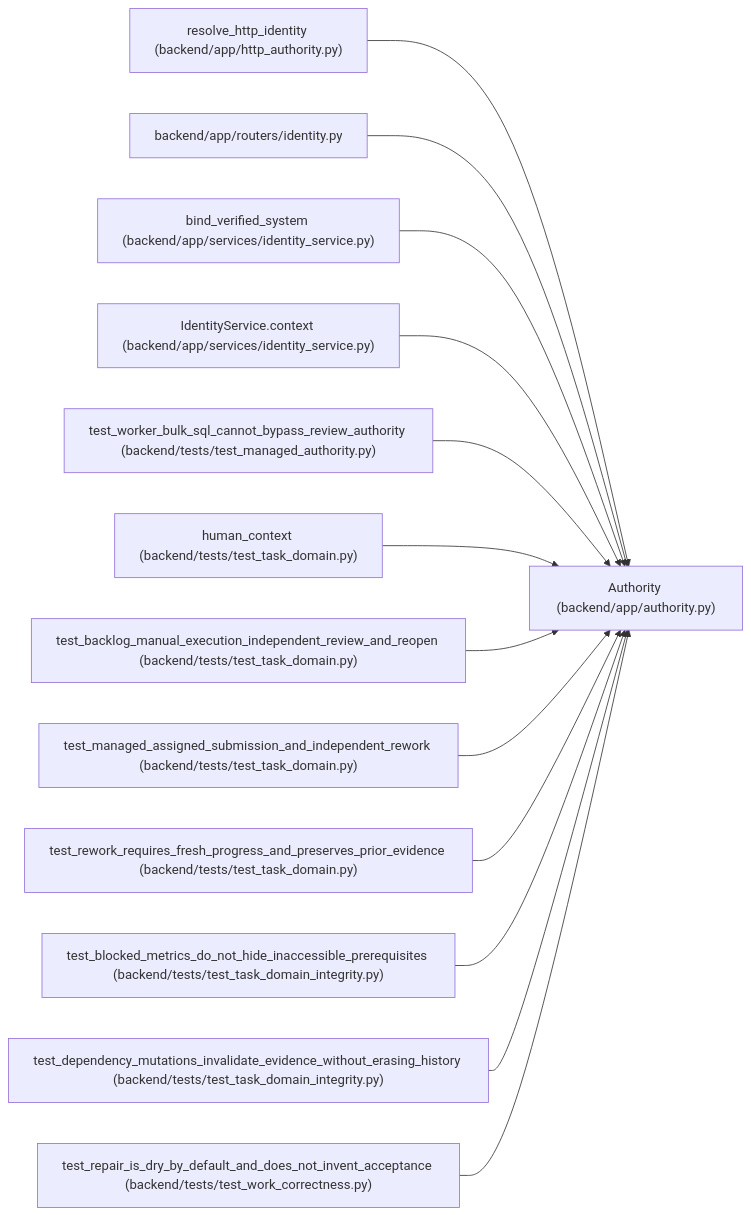
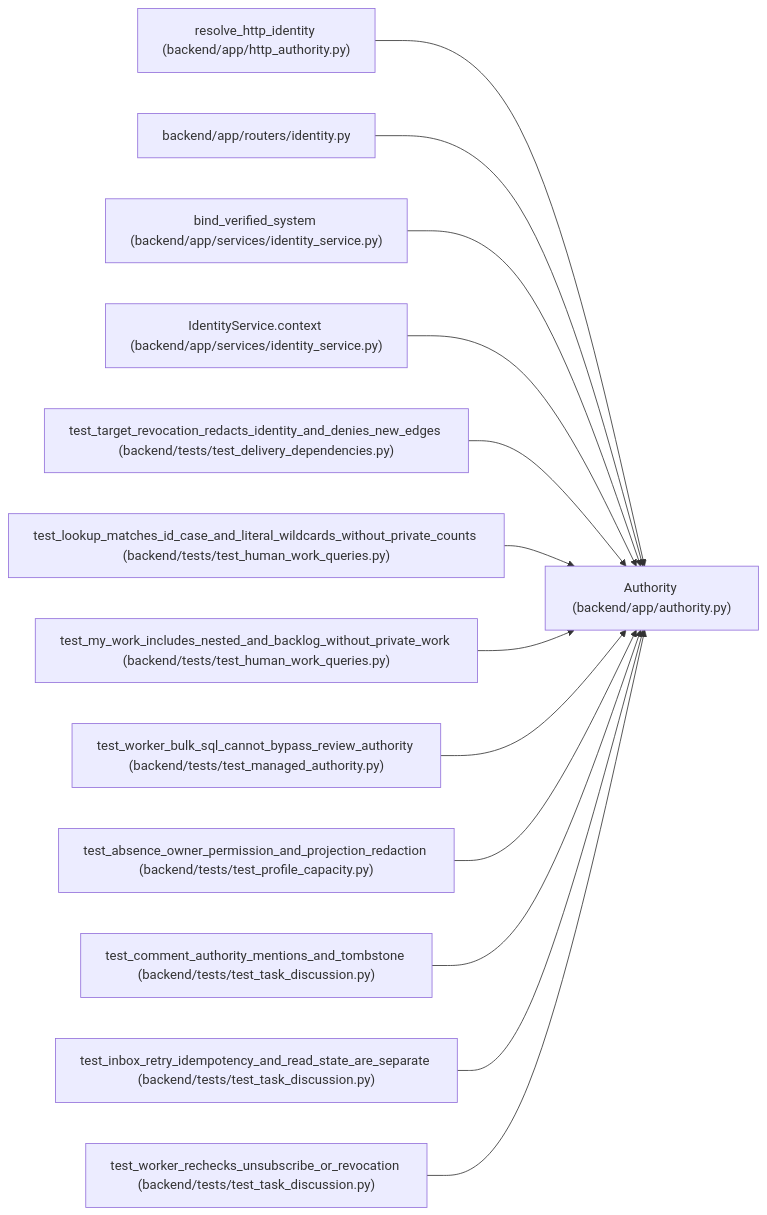
Before and after one commit to Denissvgn/WorkChord: the diagram in docs/llm_wiki/entities/Authority.md, drawn with Mermaid. The commit also changed other lines of this file and 1888 other files, not shown here.

First line of the commit message:
Add human teamwork workflows, shared capacity, and task discussion (#7)

````diff
--- a/docs/llm_wiki/entities/Authority.md
+++ b/docs/llm_wiki/entities/Authority.md
@@ -45,41 +45,41 @@
 ```mermaid
 flowchart LR
     n0["Authority (backend/app/authority.py)"]
     n1["resolve_http_identity (backend/app/http_authority.py)"]
     n2["backend/app/routers/identity.py"]
     n3["bind_verified_system (backend/app/services/identity_service.py)"]
     n4["IdentityService.context (backend/app/services/identity_service.py)"]
-    n5["test_worker_bulk_sql_cannot_bypass_review_authority (backend/tests/test_managed_authority.py)"]
-    n6["human_context (backend/tests/test_task_domain.py)"]
-    n7["test_backlog_manual_execution_independent_review_and_reopen (backend/tests/test_task_domain.py)"]
-    n8["test_managed_assigned_submission_and_independent_rework (backend/tests/test_task_domain.py)"]
-    n9["test_rework_requires_fresh_progress_and_preserves_prior_evidence (backend/tests/test_task_domain.py)"]
-    n10["test_blocked_metrics_do_not_hide_inaccessible_prerequisites (backend/tests/test_task_domain_integrity.py)"]
-    n11["test_dependency_mutations_invalidate_evidence_without_erasing_history (backend/tests/test_task_domain_integrity.py)"]
-    n12["test_repair_is_dry_by_default_and_does_not_invent_acceptance (backend/tests/test_work_correctness.py)"]
+    n5["test_target_revocation_redacts_identity_and_denies_new_edges (backend/tests/test_delivery_dependencies.py)"]
+    n6["test_lookup_matches_id_case_and_literal_wildcards_without_private_counts (backend/tests/test_human_work_queries.py)"]
+    n7["test_my_work_includes_nested_and_backlog_without_private_work (backend/tests/test_human_work_queries.py)"]
+    n8["test_worker_bulk_sql_cannot_bypass_review_authority (backend/tests/test_managed_authority.py)"]
+    n9["test_absence_owner_permission_and_projection_redaction (backend/tests/test_profile_capacity.py)"]
+    n10["test_comment_authority_mentions_and_tombstone (backend/tests/test_task_discussion.py)"]
+    n11["test_inbox_retry_idempotency_and_read_state_are_separate (backend/tests/test_task_discussion.py)"]
+    n12["test_worker_rechecks_unsubscribe_or_revocation (backend/tests/test_task_discussion.py)"]
     n1 --> n0
     n2 --> n0
     n3 --> n0
     n4 --> n0
     n5 --> n0
     n6 --> n0
     n7 --> n0
     n8 --> n0
     n9 --> n0
     n10 --> n0
     n11 --> n0
     n12 --> n0
     click n0 "../modules/authority.md"
     click n1 "../modules/http_authority.md"
     click n2 "../modules/routers_identity.md"
     click n3 "../modules/identity_service.md"
     click n4 "../modules/identity_service.md"
-    click n5 "../modules/test_managed_authority.md"
-    click n6 "../modules/test_task_domain.md"
-    click n7 "../modules/test_task_domain.md"
-    click n8 "../modules/test_task_domain.md"
-    click n9 "../modules/test_task_domain.md"
-    click n10 "../modules/test_task_domain_integrity.md"
-    click n11 "../modules/test_task_domain_integrity.md"
-    click n12 "../modules/test_work_correctness.md"
+    click n5 "../modules/test_delivery_dependencies.md"
+    click n6 "../modules/test_human_work_queries.md"
+    click n7 "../modules/test_human_work_queries.md"
+    click n8 "../modules/test_managed_authority.md"
+    click n9 "../modules/test_profile_capacity.md"
+    click n10 "../modules/test_task_discussion.md"
+    click n11 "../modules/test_task_discussion.md"
+    click n12 "../modules/test_task_discussion.md"
 ```
````
